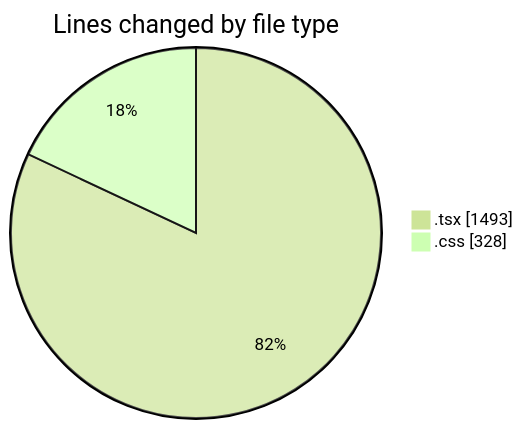
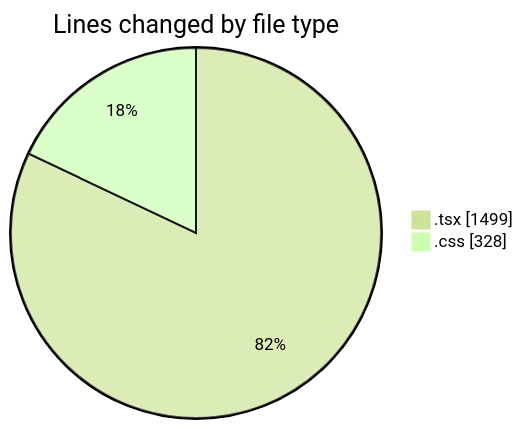
The first of 2 diagrams in 2025-10-10/eventscop-frontend-guide__workspace_/README.md (julien-gomy/code-tracking), drawn with Mermaid (forest theme) before and after one commit. The commit also changed other lines of this file and 1 other file, not shown here.

````diff
--- a/2025-10-10/eventscop-frontend-guide__workspace_/README.md
+++ b/2025-10-10/eventscop-frontend-guide__workspace_/README.md
@@ -25,6 +25,6 @@
 ```mermaid
 pie showData
 title Lines changed by file type
-".tsx" : 1493
+".tsx" : 1499
 ".css" : 328
 ```
````
